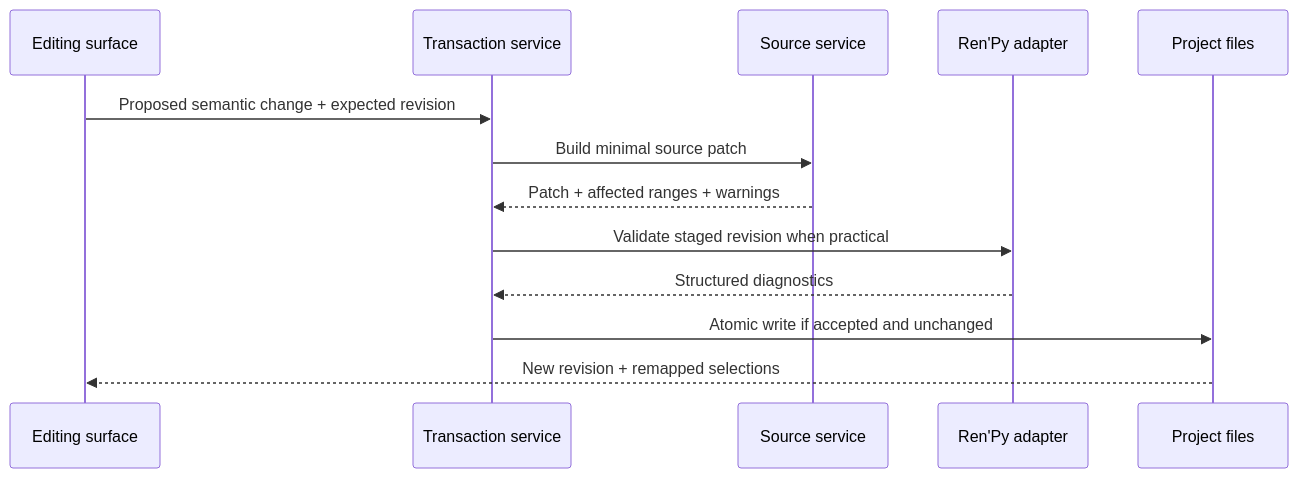
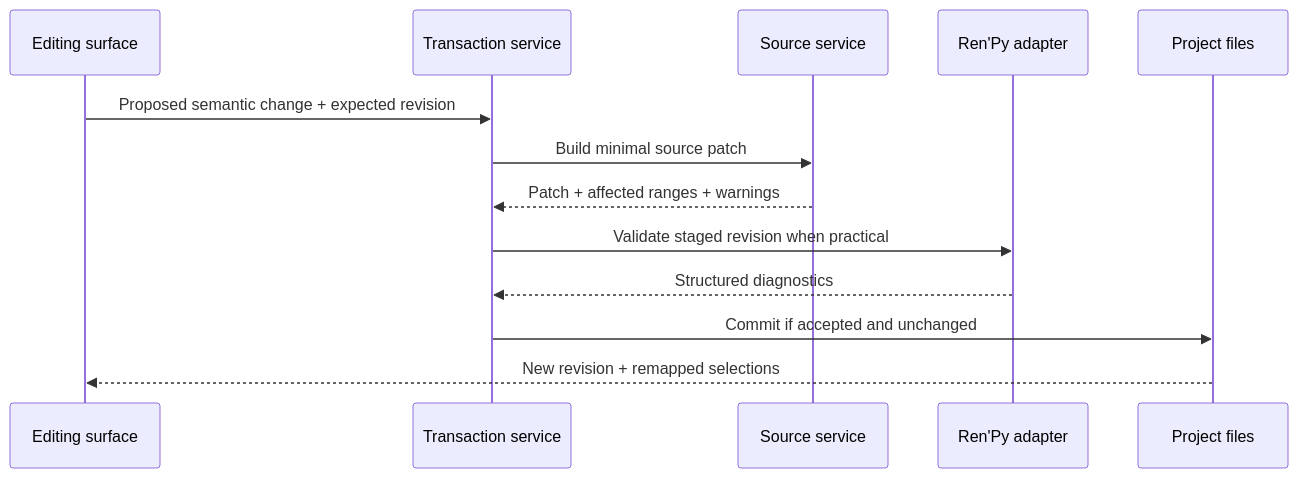
The second of 2 diagrams in docs/ARCHITECTURE.md (Caldwell-41/Renpy-editor), drawn with Mermaid before and after one commit. The commit also changed other lines of this file and 4 other files, not shown here.

````diff
--- a/docs/ARCHITECTURE.md
+++ b/docs/ARCHITECTURE.md
@@ -56,15 +59,15 @@
 ```mermaid
 sequenceDiagram
     participant Surface as Editing surface
     participant Tx as Transaction service
     participant Source as Source service
     participant SDK as Ren'Py adapter
     participant Disk as Project files
     Surface->>Tx: Proposed semantic change + expected revision
     Tx->>Source: Build minimal source patch
     Source-->>Tx: Patch + affected ranges + warnings
     Tx->>SDK: Validate staged revision when practical
     SDK-->>Tx: Structured diagnostics
-    Tx->>Disk: Atomic write if accepted and unchanged
+    Tx->>Disk: Commit if accepted and unchanged
     Disk-->>Surface: New revision + remapped selections
 ```
````
